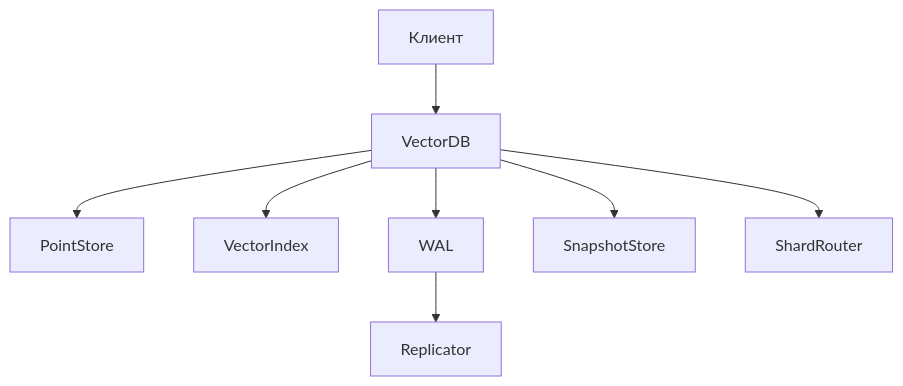
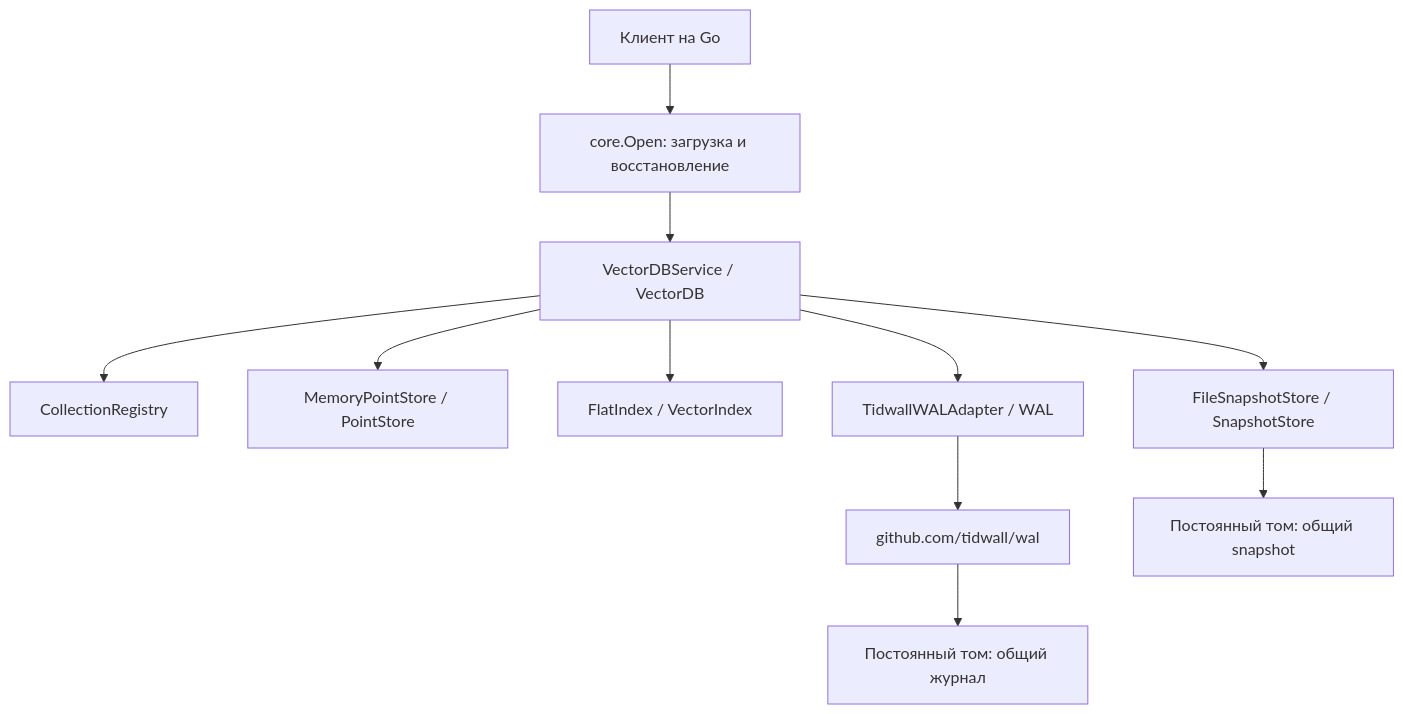
The diagram in README.md (Mishgan303/vector_database), drawn with Mermaid before and after one commit. The commit also changed other lines of this file and 28 other files, not shown here.

````diff
--- a/README.md
+++ b/README.md
@@ -20,10 +14,13 @@
 ```mermaid
 flowchart TD
-    Client[Клиент] --> DB[VectorDB]
-    DB --> Store[PointStore]
-    DB --> Index[VectorIndex]
-    DB --> WAL[WAL]
-    DB --> Snapshot[SnapshotStore]
-    DB --> Router[ShardRouter]
-    WAL --> Replica[Replicator]
+    Client[Клиент на Go] --> Open[core.Open: загрузка и восстановление]
+    Open --> DB[VectorDBService / VectorDB]
+    DB --> Registry[CollectionRegistry]
+    DB --> Store[MemoryPointStore / PointStore]
+    DB --> Index[FlatIndex / VectorIndex]
+    DB --> WAL[TidwallWALAdapter / WAL]
+    DB --> Snapshot[FileSnapshotStore / SnapshotStore]
+    WAL --> Lib[github.com/tidwall/wal]
+    Lib --> Disk[Постоянный том: общий журнал]
+    Snapshot --> State[Постоянный том: общий snapshot]
 ```
````
